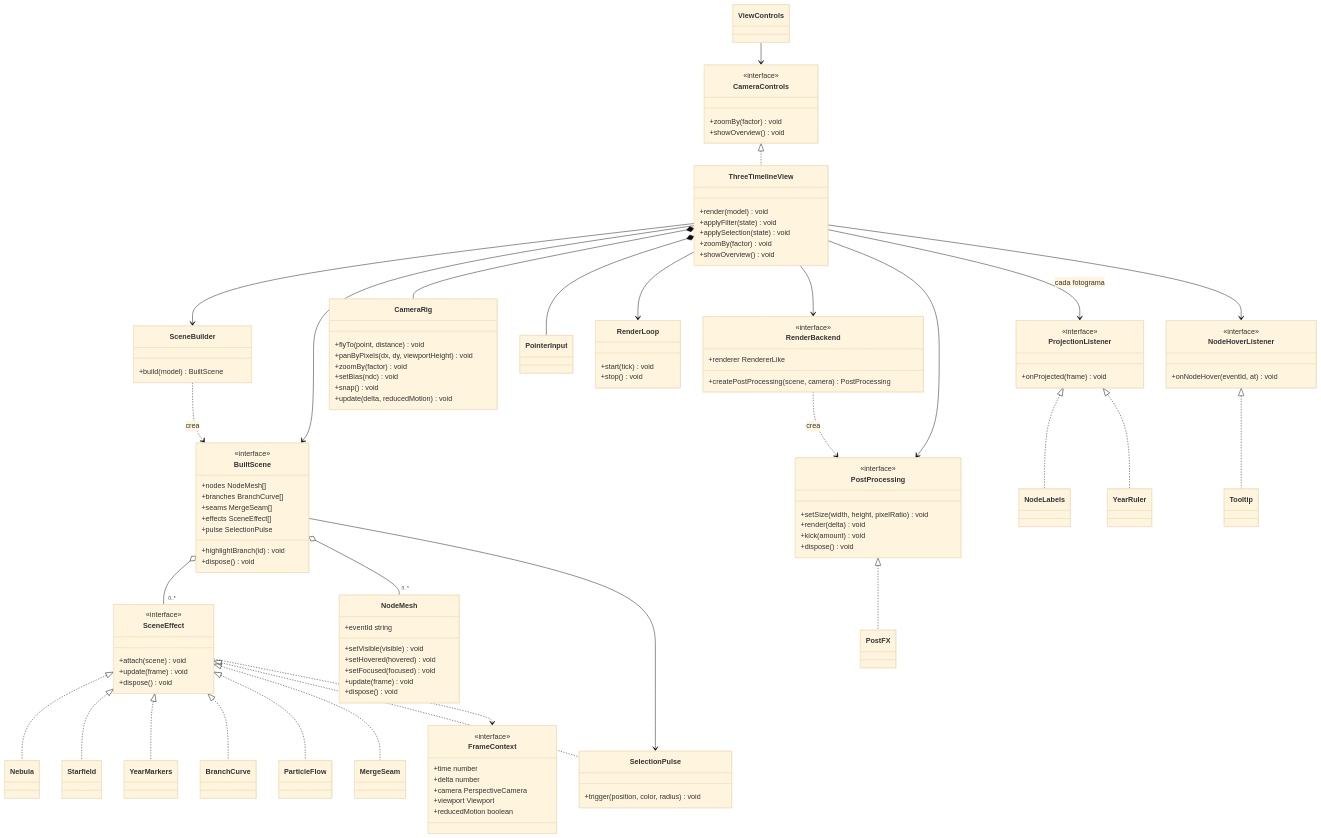
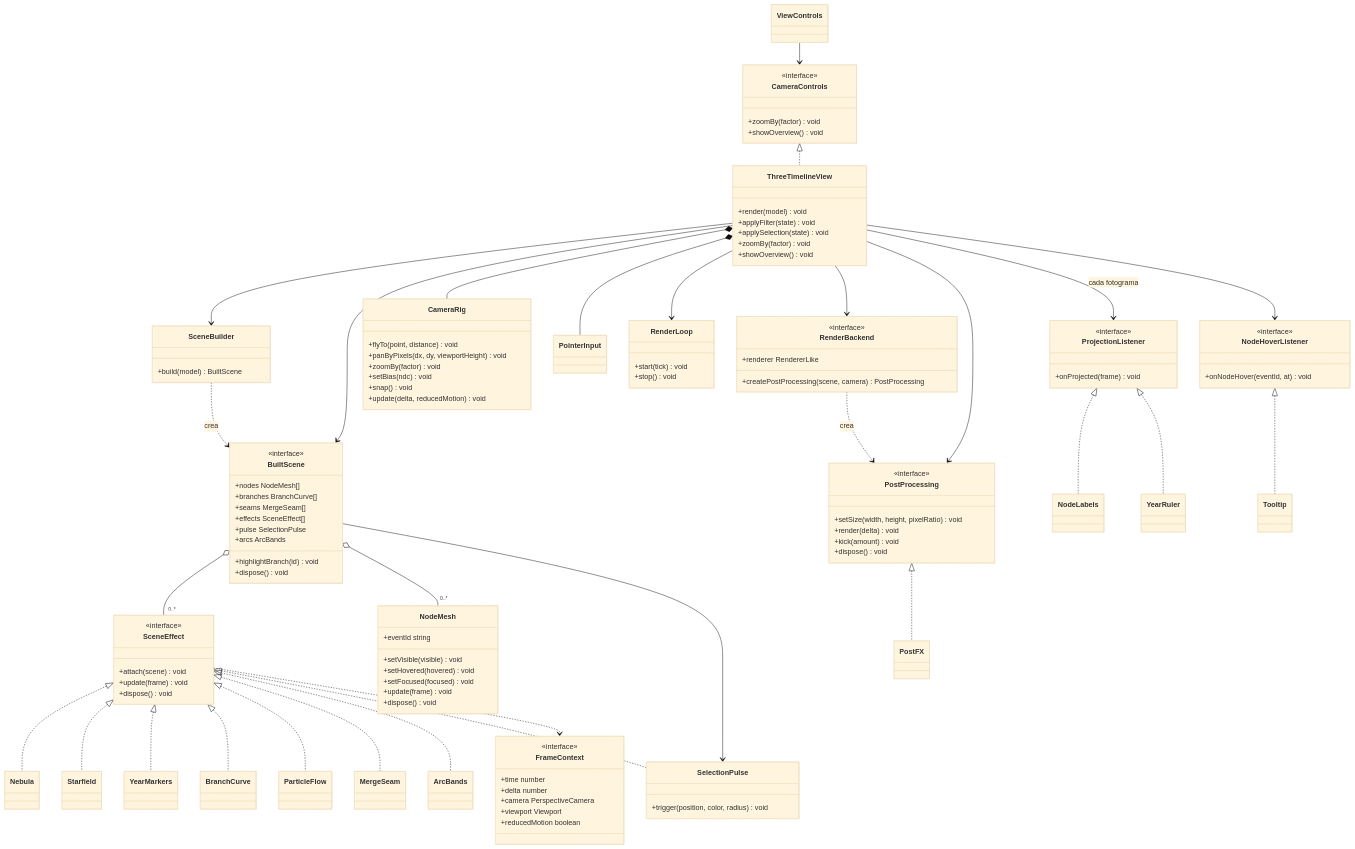
One commit to pfalonso/alter-timeline-portfolio changed the fourth of 11 diagrams in README.md. Above: the diagram before and after it, drawn with Mermaid (base theme). The commit also changed other lines of this file and 8 other files, not shown here.

```diff
--- a/README.md
+++ b/README.md
@@ -908,6 +1007,7 @@
     SceneEffect <|.. BranchCurve
     SceneEffect <|.. ParticleFlow
     SceneEffect <|.. MergeSeam
+    SceneEffect <|.. ArcBands
     SceneEffect <|.. SelectionPulse
     SceneEffect ..> FrameContext
 
@@ -930,6 +1030,7 @@
         +seams MergeSeam[]
         +effects SceneEffect[]
         +pulse SelectionPulse
+        +arcs ArcBands
         +highlightBranch(id) void
         +dispose() void
     }
```
